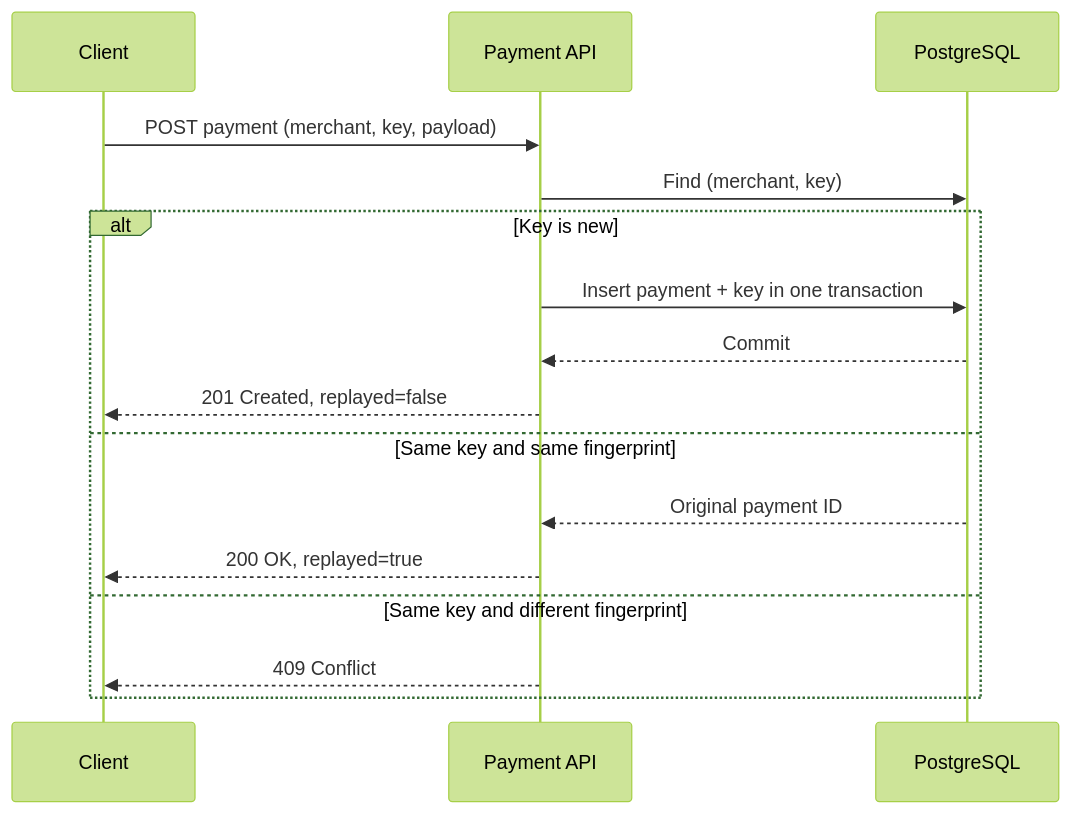
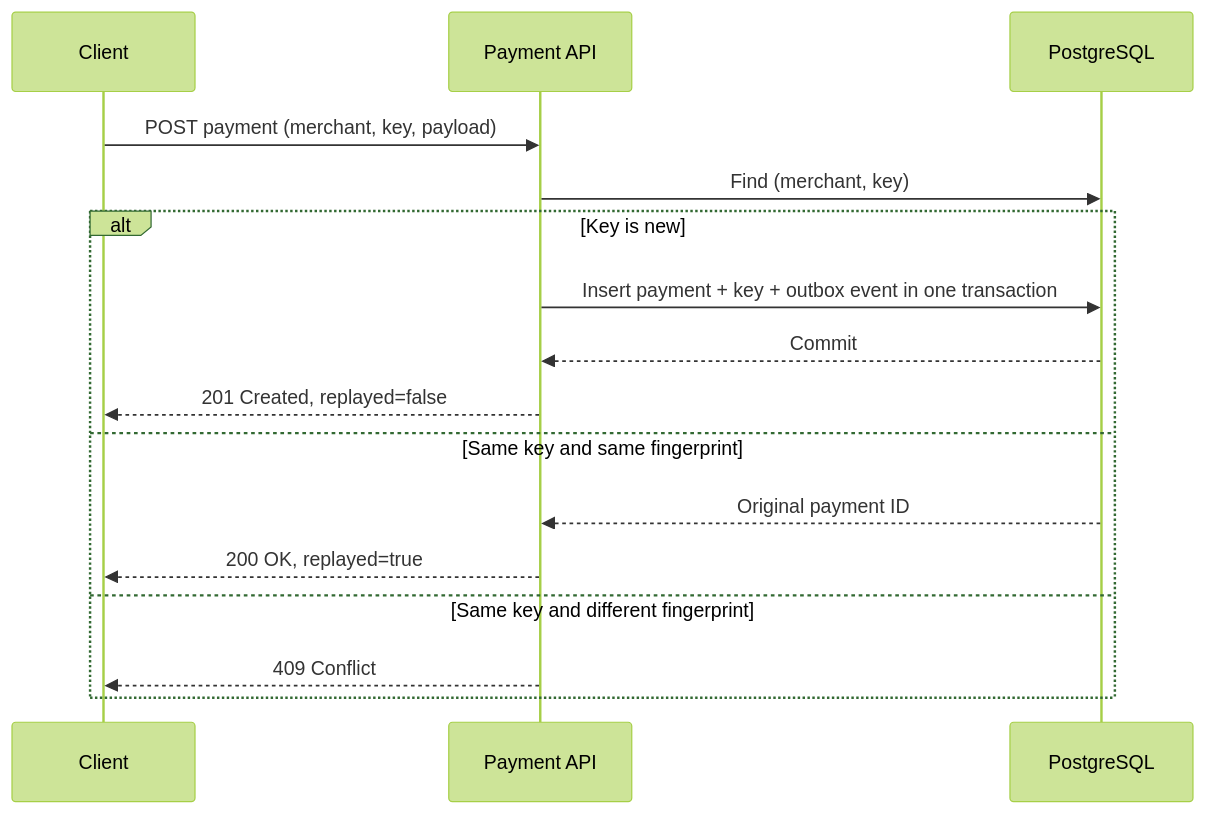
The second of 3 diagrams in README.md (yasaswimandava/payment-reliability-lab), drawn with Mermaid (forest theme) before and after one commit. The commit also changed other lines of this file and 6 other files, not shown here.

````diff
--- a/README.md
+++ b/README.md
@@ -65,19 +73,19 @@
 ```mermaid
 sequenceDiagram
     participant C as Client
     participant A as Payment API
     participant D as PostgreSQL
 
     C->>A: POST payment (merchant, key, payload)
     A->>D: Find (merchant, key)
     alt Key is new
-        A->>D: Insert payment + key in one transaction
+        A->>D: Insert payment + key + outbox event in one transaction
         D-->>A: Commit
         A-->>C: 201 Created, replayed=false
     else Same key and same fingerprint
         D-->>A: Original payment ID
         A-->>C: 200 OK, replayed=true
     else Same key and different fingerprint
         A-->>C: 409 Conflict
     end
 ```
````
